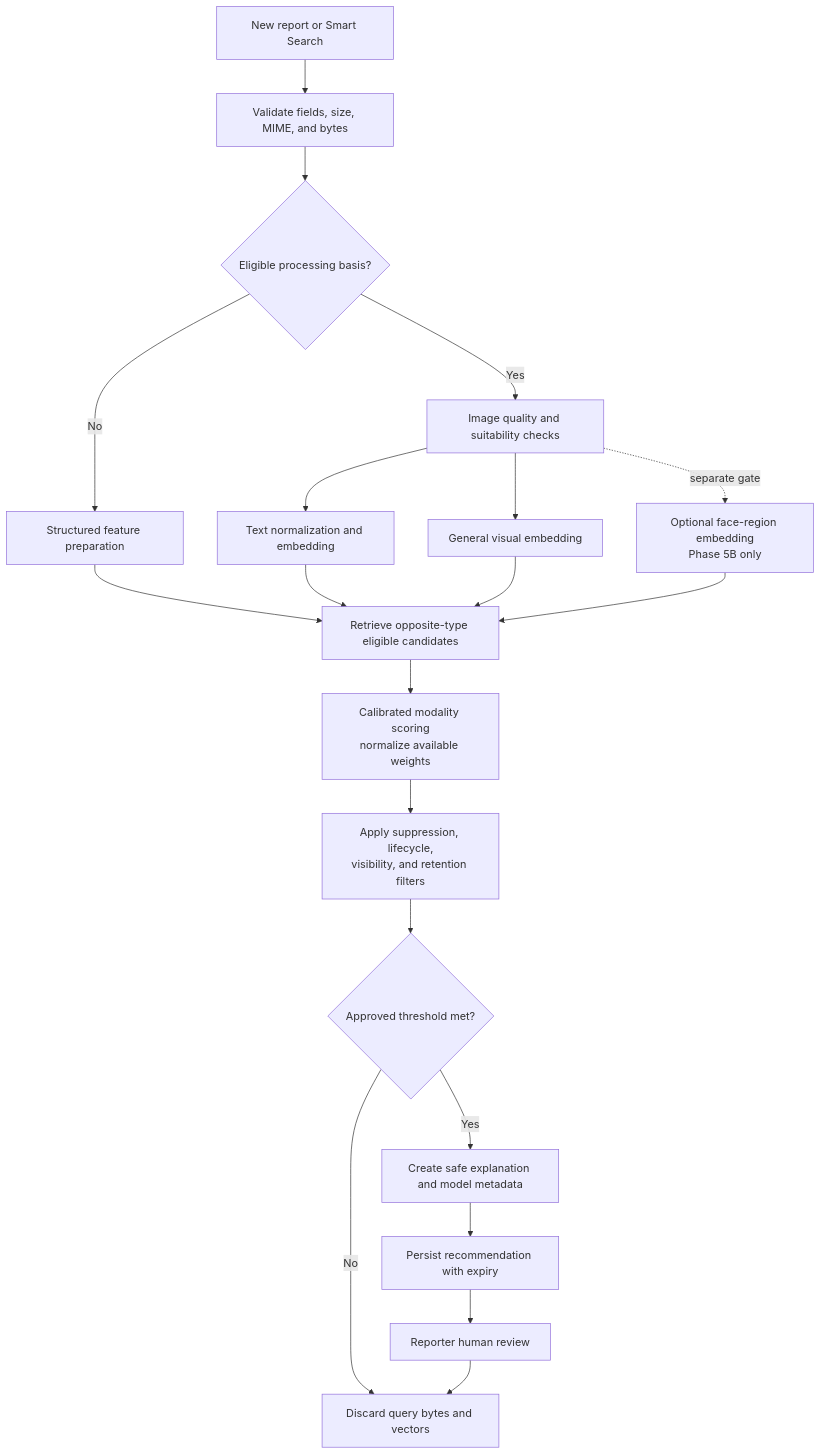
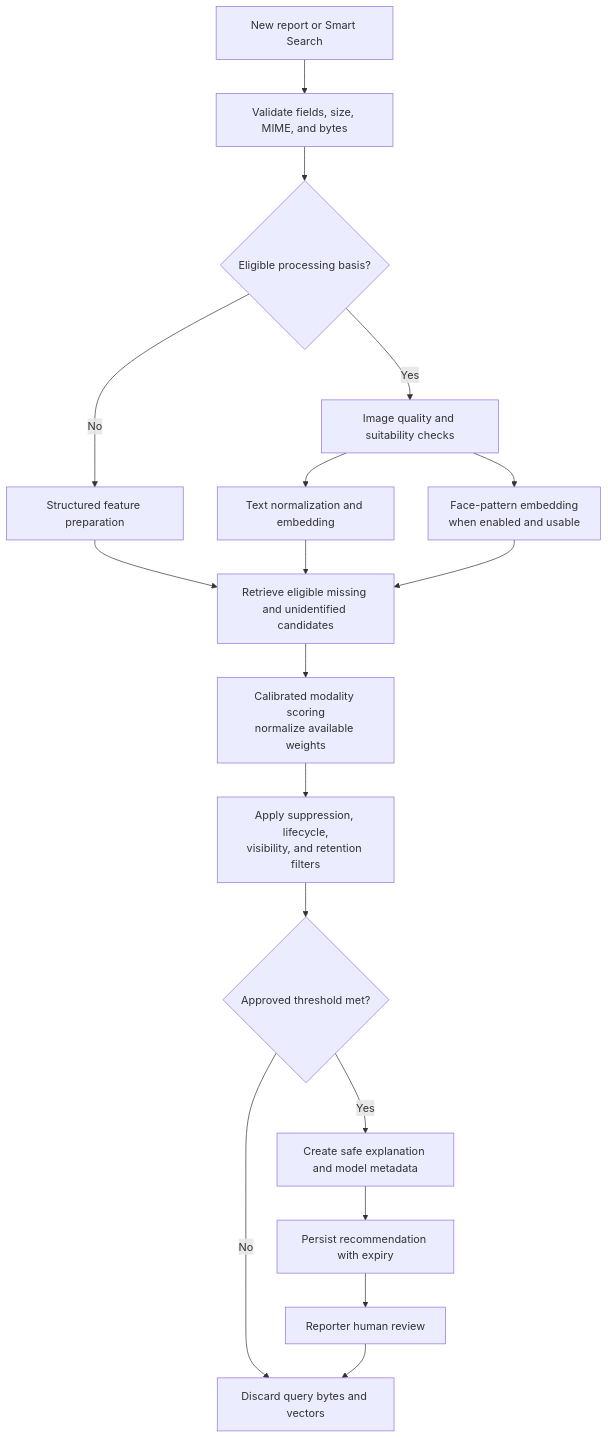
The first of 2 diagrams in web/docs/05-AI-PIPELINE-DESIGN.md (ayaz-ali-36/humtrace-ai), drawn with Mermaid before and after one commit. The commit also changed other lines of this file and 111 other files, not shown here.

```diff
--- a/web/docs/05-AI-PIPELINE-DESIGN.md
+++ b/web/docs/05-AI-PIPELINE-DESIGN.md
@@ -39,39 +36,36 @@
 ~~~mermaid
 flowchart TD
     Input["New report or Smart Search"]
     Validate["Validate fields, size, MIME, and bytes"]
     Policy{"Eligible processing basis?"}
     Quality["Image quality and suitability checks"]
     Text["Text normalization and embedding"]
-    Visual["General visual embedding"]
-    Face["Optional face-region embedding<br/>Phase 5B only"]
+    Face["Face-pattern embedding<br/>when enabled and usable"]
     Structured["Structured feature preparation"]
-    Retrieve["Retrieve opposite-type eligible candidates"]
+    Retrieve["Retrieve eligible missing and unidentified candidates"]
     Score["Calibrated modality scoring<br/>normalize available weights"]
     Suppress["Apply suppression, lifecycle,<br/>visibility, and retention filters"]
     Threshold{"Approved threshold met?"}
     Explain["Create safe explanation and model metadata"]
     Save["Persist recommendation with expiry"]
     Review["Reporter human review"]
     Discard["Discard query bytes and vectors"]
 
     Input --> Validate
     Validate --> Policy
     Policy -->|No| Structured
     Policy -->|Yes| Quality
     Quality --> Text
-    Quality --> Visual
-    Quality -. "separate gate" .-> Face
+    Quality --> Face
     Structured --> Retrieve
     Text --> Retrieve
-    Visual --> Retrieve
     Face --> Retrieve
     Retrieve --> Score
     Score --> Suppress
     Suppress --> Threshold
     Threshold -->|No| Discard
     Threshold -->|Yes| Explain
     Explain --> Save
     Save --> Review
     Review --> Discard
 ~~~
```
